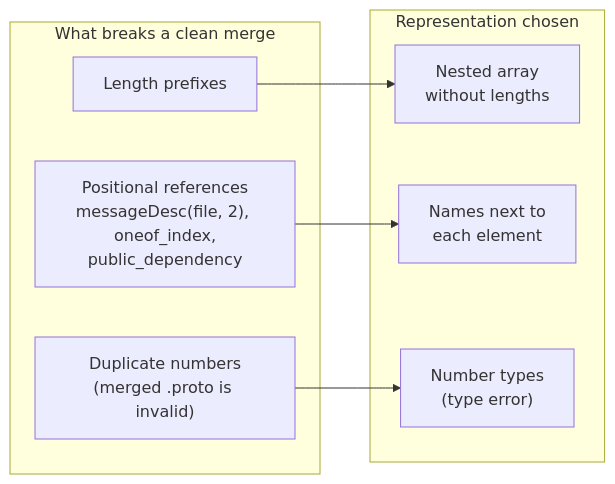
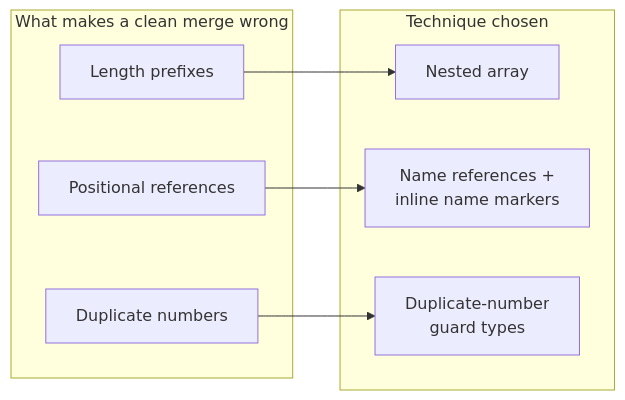
Before and after one commit to izumin5210/protoc-gen-es-string-descriptor: the diagram in docs/adr/0001-merge-safe-descriptor-embedding.md, drawn with Mermaid. The commit also changed other lines of this file and 4 other files, not shown here.

Commit message:
docs: define the techniques in ADR 0001 and name the duplicate-number guard types

````diff
--- a/docs/adr/0001-merge-safe-descriptor-embedding.md
+++ b/docs/adr/0001-merge-safe-descriptor-embedding.md
@@ -20,16 +28,16 @@
 ```mermaid
 flowchart LR
-  subgraph cause["What breaks a clean merge"]
+  subgraph cause["What makes a clean merge wrong"]
     L["Length prefixes"]
-    P["Positional references<br/>messageDesc(file, 2), oneof_index,<br/>public_dependency"]
-    D["Duplicate numbers<br/>(merged .proto is invalid)"]
+    P["Positional references"]
+    D["Duplicate numbers"]
   end
-  subgraph fix["Representation chosen"]
-    N["Nested array<br/>without lengths"]
-    R["Names next to<br/>each element"]
-    T["Number types<br/>(type error)"]
+  subgraph fix["Technique chosen"]
+    N["Nested array"]
+    R["Name references +<br/>inline name markers"]
+    T["Duplicate-number<br/>guard types"]
   end
   L --> N
   P --> R
   D --> T
 ```
````
